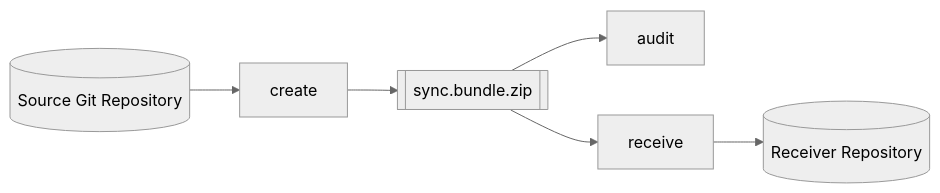
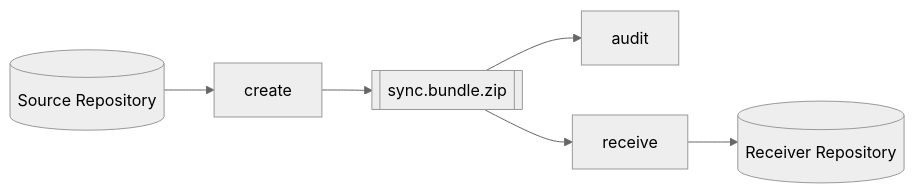
Before and after one commit to daredem0/git-sync: the first of 3 diagrams in SDD_SAD.md, drawn with Mermaid (neutral theme). The commit also changed other lines of this file and 1 other file, not shown here.

````diff
--- a/SDD_SAD.md
+++ b/SDD_SAD.md
@@ -24,13 +24,13 @@
 ```mermaid
 flowchart LR
-    SRC[(Source Git Repository)]
+    SRC[(Source Repository)]
     CREATE[create]
     PKG[[sync.bundle.zip]]
     AUDIT[audit]
     RECEIVE[receive]
     DST[(Receiver Repository)]
 
     SRC --> CREATE --> PKG
     PKG --> AUDIT
     PKG --> RECEIVE --> DST
 ```
````
